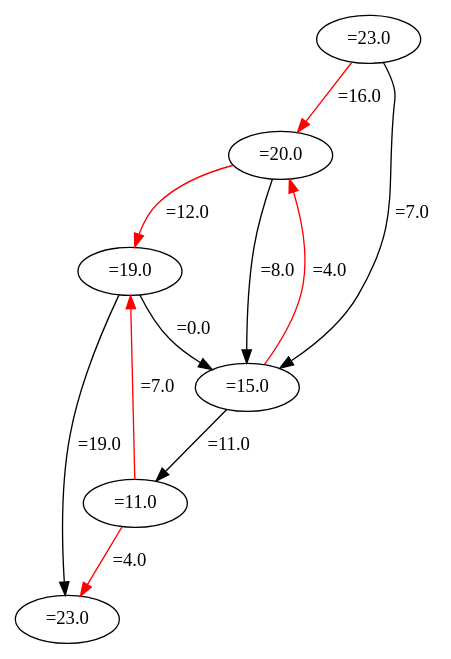
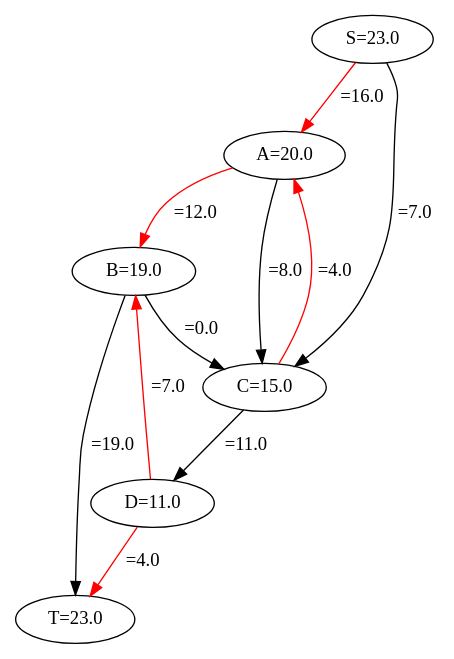
Before and after one commit to migueltoro/ada_v2_18: the diagram in java/EjemplosDeGrafos/ficheros/flow2Soluciones.gv, drawn with Graphviz. The commit also changed 117 other files, not shown here.

```diff
--- a/java/EjemplosDeGrafos/ficheros/flow2Soluciones.gv
+++ b/java/EjemplosDeGrafos/ficheros/flow2Soluciones.gv
@@ -1,18 +1,18 @@
 strict digraph G {
-  1 [ label="=20.0" ];
-  2 [ label="=19.0" ];
-  3 [ label="=15.0" ];
-  4 [ label="=11.0" ];
-  5 [ label="=23.0" ];
-  6 [ label="=23.0" ];
+  1 [ label="A=20.0" ];
+  2 [ label="B=19.0" ];
+  3 [ label="C=15.0" ];
+  4 [ label="D=11.0" ];
+  5 [ label="S=23.0" ];
+  6 [ label="T=23.0" ];
   1 -> 3 [ label="=8.0" ];
   3 -> 1 [ label="=4.0" color="red" ];
   1 -> 2 [ label="=12.0" color="red" ];
   4 -> 2 [ label="=7.0" color="red" ];
   2 -> 3 [ label="=0.0" ];
   3 -> 4 [ label="=11.0" ];
   5 -> 1 [ label="=16.0" color="red" ];
   5 -> 3 [ label="=7.0" ];
   2 -> 6 [ label="=19.0" ];
   4 -> 6 [ label="=4.0" color="red" ];
 }
```
